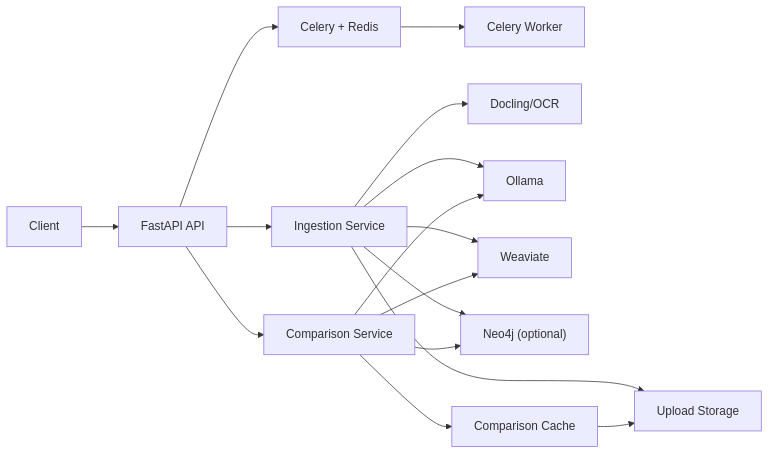
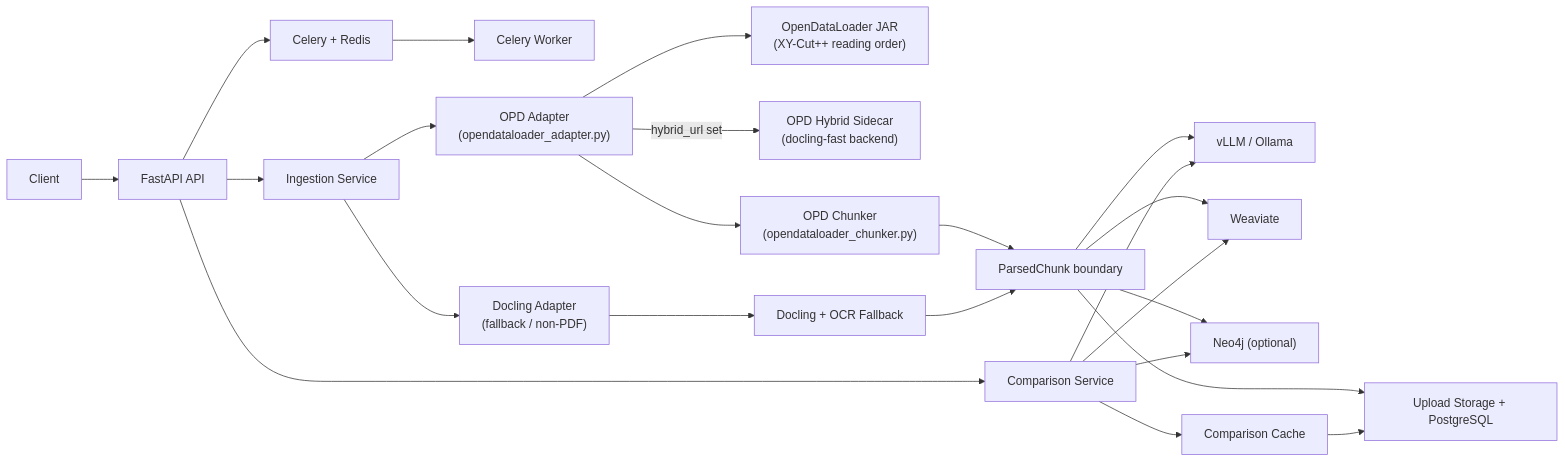
The second of 4 diagrams in ARCHITECTURE.md (velospot/grc-policy-server), drawn with Mermaid before and after one commit. The commit also changed other lines of this file and 28 other files, not shown here.

````diff
--- a/ARCHITECTURE.md
+++ b/ARCHITECTURE.md
@@ -45,21 +48,28 @@
 ```mermaid
 %%{init: {'flowchart': {'useMaxWidth': true}}}%%
 flowchart LR
     Client["Client"] --> API["FastAPI API"]
     API --> Ingest["Ingestion Service"]
     API --> Compare["Comparison Service"]
     API --> Queue["Celery + Redis"]
     Queue --> Worker["Celery Worker"]
 
-    Ingest --> Docling["Docling/OCR"]
-    Ingest --> Ollama["Ollama"]
-    Ingest --> Weaviate["Weaviate"]
-    Ingest --> Neo4j["Neo4j (optional)"]
-    Ingest --> Files["Upload Storage"]
+    Ingest --> OPDAdapter["OPD Adapter\n(opendataloader_adapter.py)"]
+    Ingest --> DoclingAdapter["Docling Adapter\n(fallback / non-PDF)"]
+    OPDAdapter --> OPDJar["OpenDataLoader JAR\n(XY-Cut++ reading order)"]
+    OPDAdapter -->|hybrid_url set| HybridSvc["OPD Hybrid Sidecar\n(docling-fast backend)"]
+    OPDAdapter --> Chunker["OPD Chunker\n(opendataloader_chunker.py)"]
+    DoclingAdapter --> DoclingLib["Docling + OCR Fallback"]
+    Chunker --> ParsedChunk["ParsedChunk boundary"]
+    DoclingLib --> ParsedChunk
+    ParsedChunk --> LLM["vLLM / Ollama"]
+    ParsedChunk --> Weaviate["Weaviate"]
+    ParsedChunk --> Neo4j["Neo4j (optional)"]
+    ParsedChunk --> Files["Upload Storage + PostgreSQL"]
 
-    Compare --> Ollama
+    Compare --> LLM
     Compare --> Weaviate
     Compare --> Neo4j
     Compare --> Cache["Comparison Cache"]
     Cache --> Files
 ```
````
